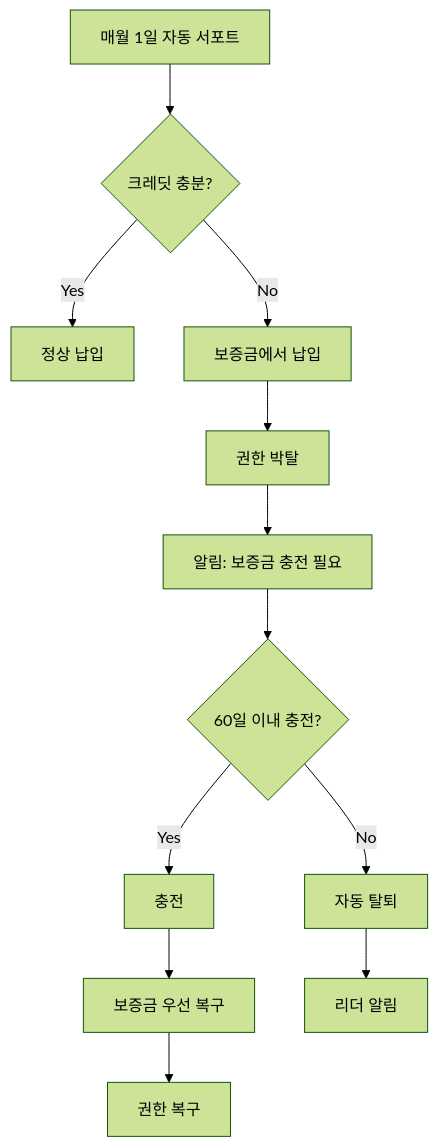
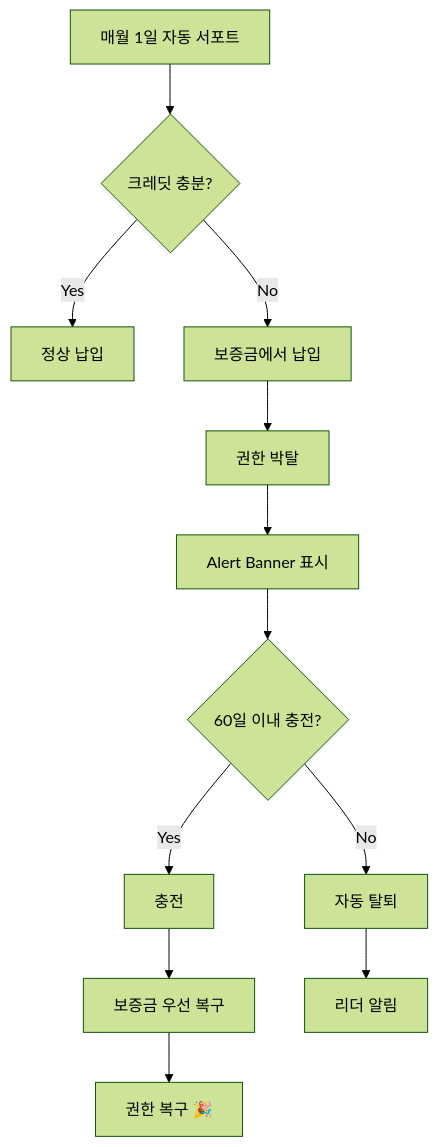
The second of 5 diagrams in docs/02_ENGINEERING/Frontend/DesignSystem/UX_FLOW.md (ParkChanNeul/woorido_frontend), drawn with Mermaid (forest theme) before and after one commit. The commit also changed other lines of this file and 7 other files, not shown here.

````diff
--- a/docs/02_ENGINEERING/Frontend/DesignSystem/UX_FLOW.md
+++ b/docs/02_ENGINEERING/Frontend/DesignSystem/UX_FLOW.md
@@ -53,16 +55,16 @@
 ```mermaid
 flowchart TD
     A[매월 1일 자동 서포트] --> B{크레딧 충분?}
     B -->|Yes| C[정상 납입]
     B -->|No| D[보증금에서 납입]
     D --> E[권한 박탈]
-    E --> F[알림: 보증금 충전 필요]
+    E --> F[Alert Banner 표시]
     
     F --> G{60일 이내 충전?}
     G -->|Yes| H[충전]
     H --> I[보증금 우선 복구]
-    I --> J[권한 복구]
+    I --> J[권한 복구 🎉]
     
     G -->|No| K[자동 탈퇴]
     K --> L[리더 알림]
 ```
````
